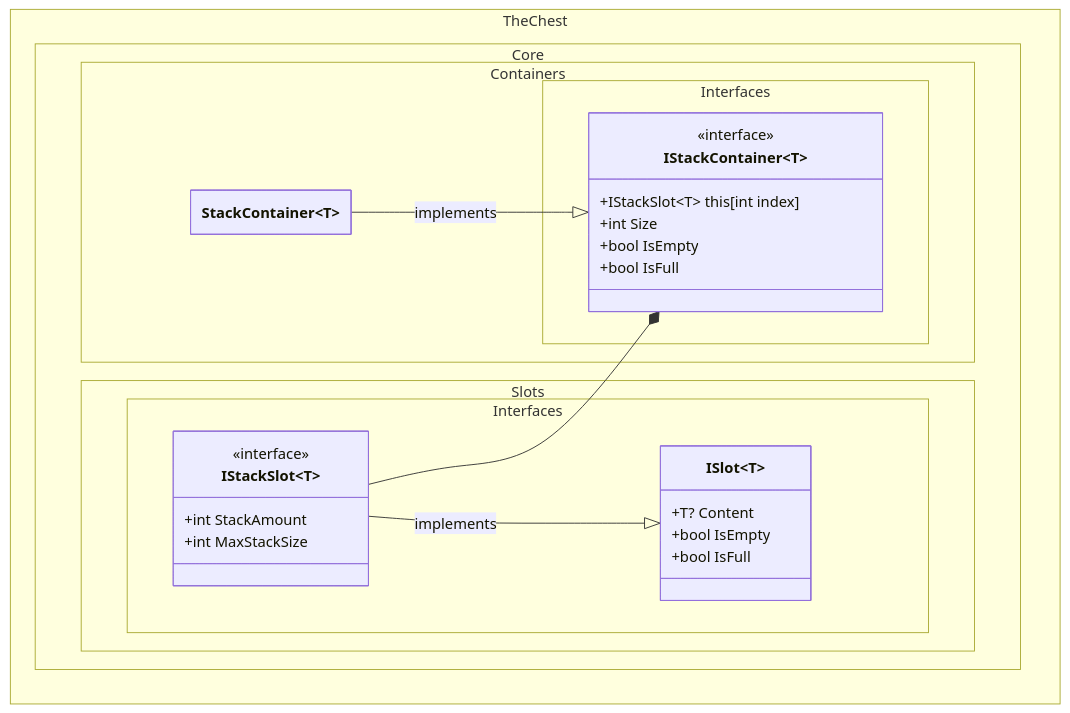
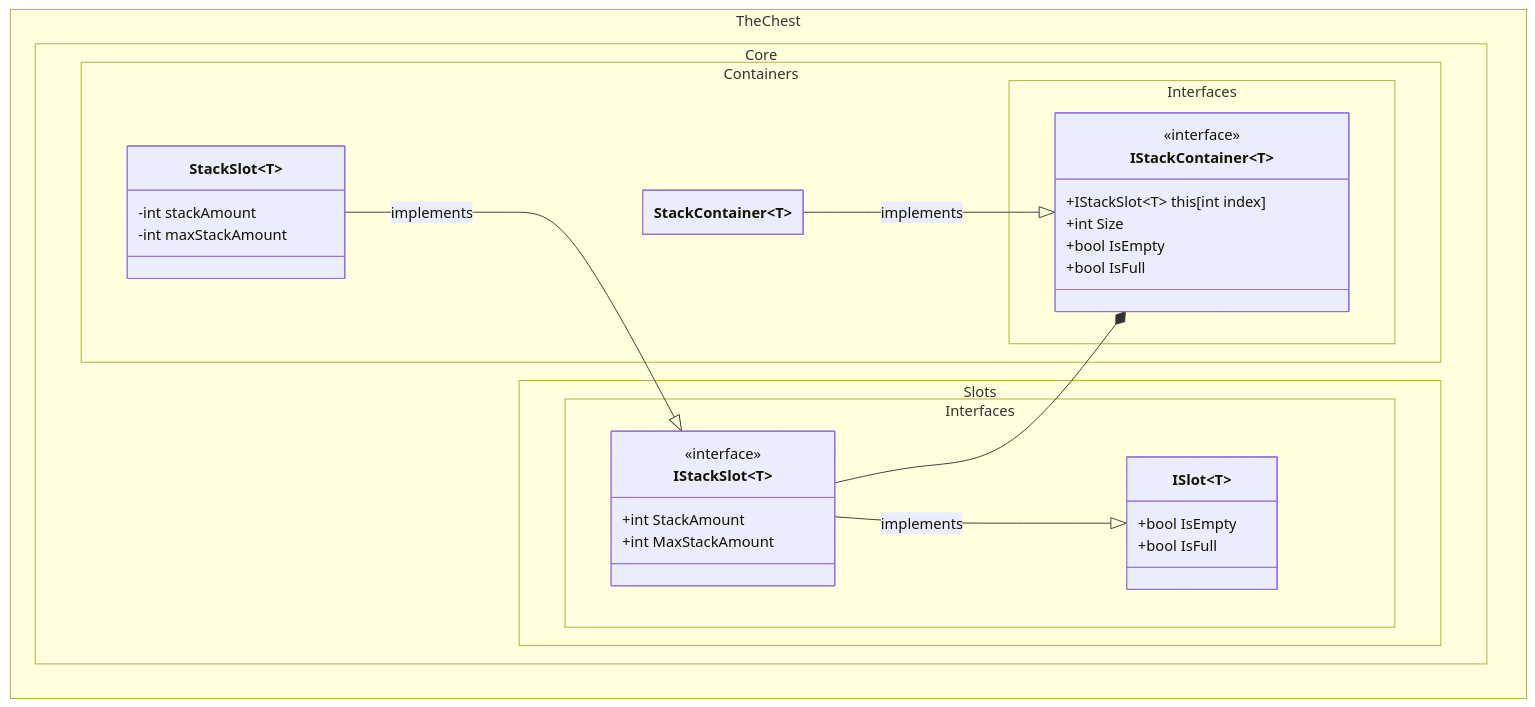
The second of 2 diagrams in docs/class_diagram.md (The-Chest/TheChest.Core), drawn with Mermaid before and after one commit. The commit also changed other lines of this file, not shown here.

Commit message:
Adds StackSlot<T> docs

````diff
--- a/docs/class_diagram.md
+++ b/docs/class_diagram.md
@@ -54,41 +53,45 @@
 ```mermaid
 ---
 config:
   theme: mc
   look: classic
   class:
     hideEmptyMembersBox: true
 ---
 classDiagram
 direction BT
 	namespace TheChest.Core.Containers.Interfaces {
 		class IStackContainer~T~ {
 	        +IStackSlot~T~ this[int index]
 	        +int Size
 	        +bool IsEmpty
 	        +bool IsFull
         }
 	}
 	namespace TheChest.Core.Slots.Interfaces {
         class ISlot~T~ {
-	        +T? Content
 	        +bool IsEmpty
 	        +bool IsFull
         }
         class IStackSlot~T~ {
             +int StackAmount
-            +int MaxStackSize
+            +int MaxStackAmount
         }
 	}
 	namespace TheChest.Core.Containers {
 		class StackContainer~T~ {
         }
+		class StackSlot~T~{
+			-int stackAmount
+			-int maxStackAmount
+		}
 	}
 
 	<<interface>> IStackContainer
     <<interface>> IStackSlot
 
     StackContainer --|> IStackContainer : implements
     IStackSlot --|> ISlot : implements
+    StackSlot --|> IStackSlot : implements
     IStackSlot --* IStackContainer
 ```
````
